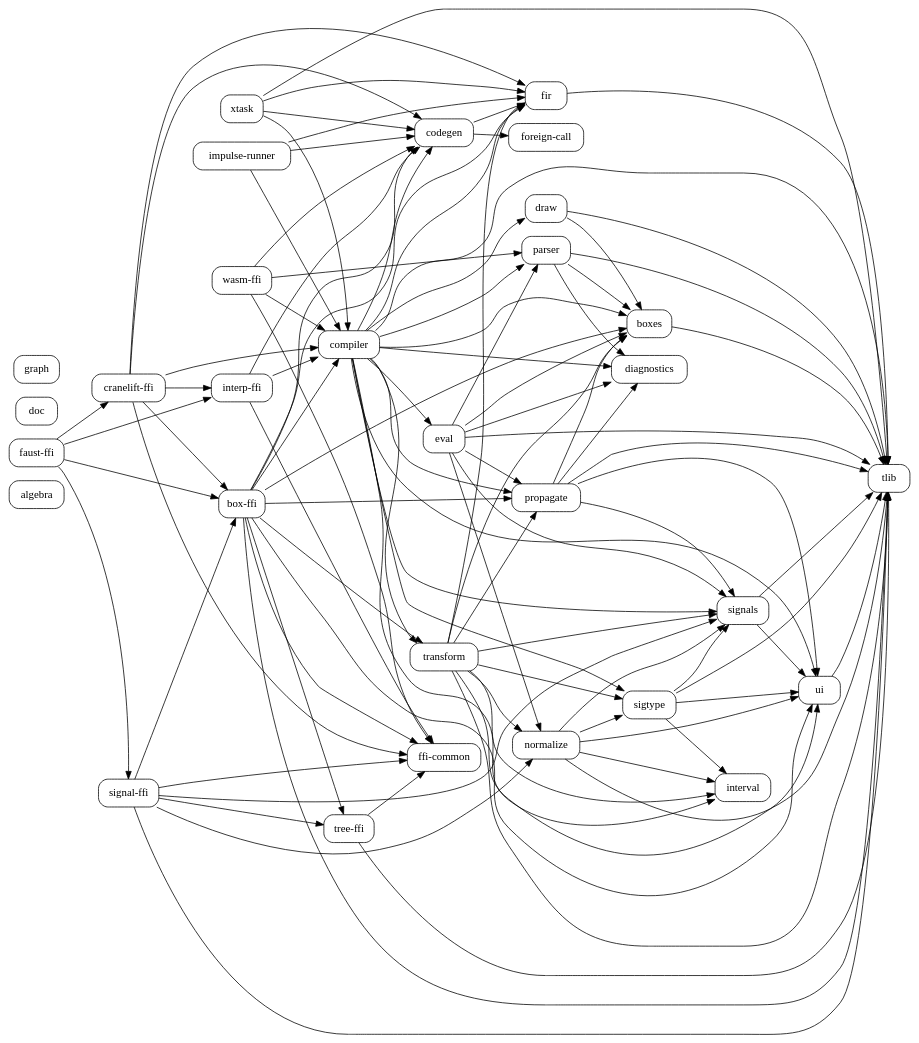
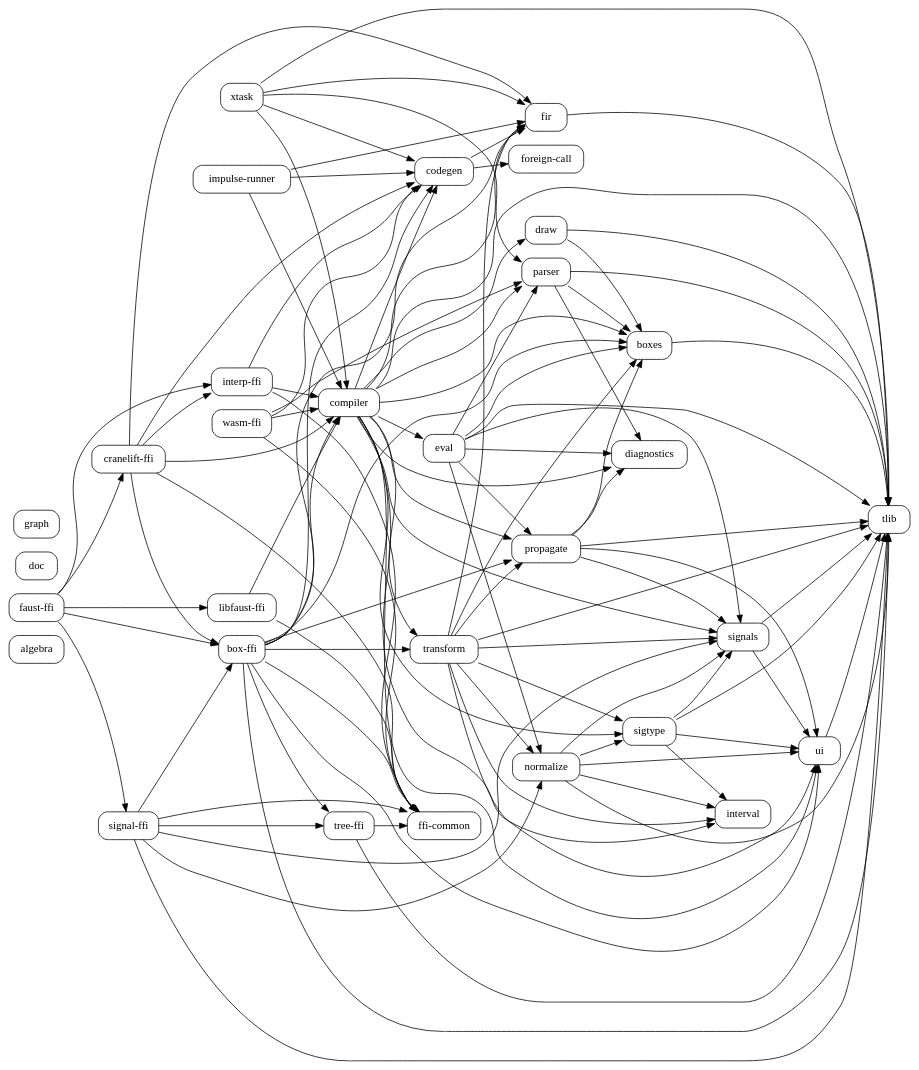
Before and after one commit to grame-cncm/faust-rs: the diagram in docs/code-graphs/internal-crate-deps.dot, drawn with Graphviz. The commit also changed 16 other files, not shown here.

First line of the commit message:
Gate the checked-in code graphs with a public-API baseline

```diff
--- a/docs/code-graphs/internal-crate-deps.dot
+++ b/docs/code-graphs/internal-crate-deps.dot
@@ -1,132 +1,137 @@
 digraph workspace_crates {
     rankdir=LR;
     node [shape=box, style="rounded"];
     "algebra";
     "box-ffi";
     "boxes";
     "codegen";
     "compiler";
     "cranelift-ffi";
     "diagnostics";
     "doc";
     "draw";
     "eval";
     "faust-ffi";
     "ffi-common";
     "fir";
     "foreign-call";
     "graph";
     "impulse-runner";
     "interp-ffi";
     "interval";
+    "libfaust-ffi";
     "normalize";
     "parser";
     "propagate";
     "signal-ffi";
     "signals";
     "sigtype";
     "tlib";
     "transform";
     "tree-ffi";
     "ui";
     "wasm-ffi";
     "xtask";
     "box-ffi" -> "boxes";
     "box-ffi" -> "codegen";
     "box-ffi" -> "compiler";
     "box-ffi" -> "ffi-common";
     "box-ffi" -> "fir";
     "box-ffi" -> "propagate";
     "box-ffi" -> "tlib";
     "box-ffi" -> "transform";
     "box-ffi" -> "tree-ffi";
     "box-ffi" -> "ui";
     "boxes" -> "tlib";
     "codegen" -> "fir";
     "codegen" -> "foreign-call";
     "compiler" -> "boxes";
     "compiler" -> "codegen";
     "compiler" -> "diagnostics";
     "compiler" -> "draw";
     "compiler" -> "eval";
     "compiler" -> "fir";
     "compiler" -> "interval";
     "compiler" -> "parser";
     "compiler" -> "propagate";
     "compiler" -> "signals";
     "compiler" -> "sigtype";
     "compiler" -> "tlib";
     "compiler" -> "transform";
     "compiler" -> "ui";
     "cranelift-ffi" -> "box-ffi";
     "cranelift-ffi" -> "codegen";
     "cranelift-ffi" -> "compiler";
     "cranelift-ffi" -> "ffi-common";
     "cranelift-ffi" -> "fir";
     "cranelift-ffi" -> "interp-ffi";
     "draw" -> "boxes";
     "draw" -> "tlib";
     "eval" -> "boxes";
     "eval" -> "diagnostics";
     "eval" -> "normalize";
     "eval" -> "parser";
     "eval" -> "propagate";
     "eval" -> "signals";
     "eval" -> "tlib";
     "faust-ffi" -> "box-ffi";
     "faust-ffi" -> "cranelift-ffi";
     "faust-ffi" -> "interp-ffi";
+    "faust-ffi" -> "libfaust-ffi";
     "faust-ffi" -> "signal-ffi";
     "fir" -> "tlib";
     "impulse-runner" -> "codegen";
     "impulse-runner" -> "compiler";
     "impulse-runner" -> "fir";
     "interp-ffi" -> "codegen";
     "interp-ffi" -> "compiler";
     "interp-ffi" -> "ffi-common";
+    "libfaust-ffi" -> "compiler";
+    "libfaust-ffi" -> "ffi-common";
     "normalize" -> "interval";
     "normalize" -> "signals";
     "normalize" -> "sigtype";
     "normalize" -> "tlib";
     "normalize" -> "ui";
     "parser" -> "boxes";
     "parser" -> "diagnostics";
     "parser" -> "tlib";
     "propagate" -> "boxes";
     "propagate" -> "diagnostics";
     "propagate" -> "signals";
     "propagate" -> "tlib";
     "propagate" -> "ui";
     "signal-ffi" -> "box-ffi";
     "signal-ffi" -> "ffi-common";
     "signal-ffi" -> "normalize";
     "signal-ffi" -> "signals";
     "signal-ffi" -> "tlib";
     "signal-ffi" -> "tree-ffi";
     "signals" -> "tlib";
     "signals" -> "ui";
     "sigtype" -> "interval";
     "sigtype" -> "signals";
     "sigtype" -> "tlib";
     "sigtype" -> "ui";
     "transform" -> "boxes";
     "transform" -> "fir";
     "transform" -> "interval";
     "transform" -> "normalize";
     "transform" -> "propagate";
     "transform" -> "signals";
     "transform" -> "sigtype";
     "transform" -> "tlib";
     "transform" -> "ui";
     "tree-ffi" -> "ffi-common";
     "tree-ffi" -> "tlib";
     "ui" -> "tlib";
     "wasm-ffi" -> "codegen";
     "wasm-ffi" -> "compiler";
     "wasm-ffi" -> "ffi-common";
     "wasm-ffi" -> "parser";
     "xtask" -> "codegen";
     "xtask" -> "compiler";
     "xtask" -> "fir";
+    "xtask" -> "parser";
     "xtask" -> "tlib";
 }
```
